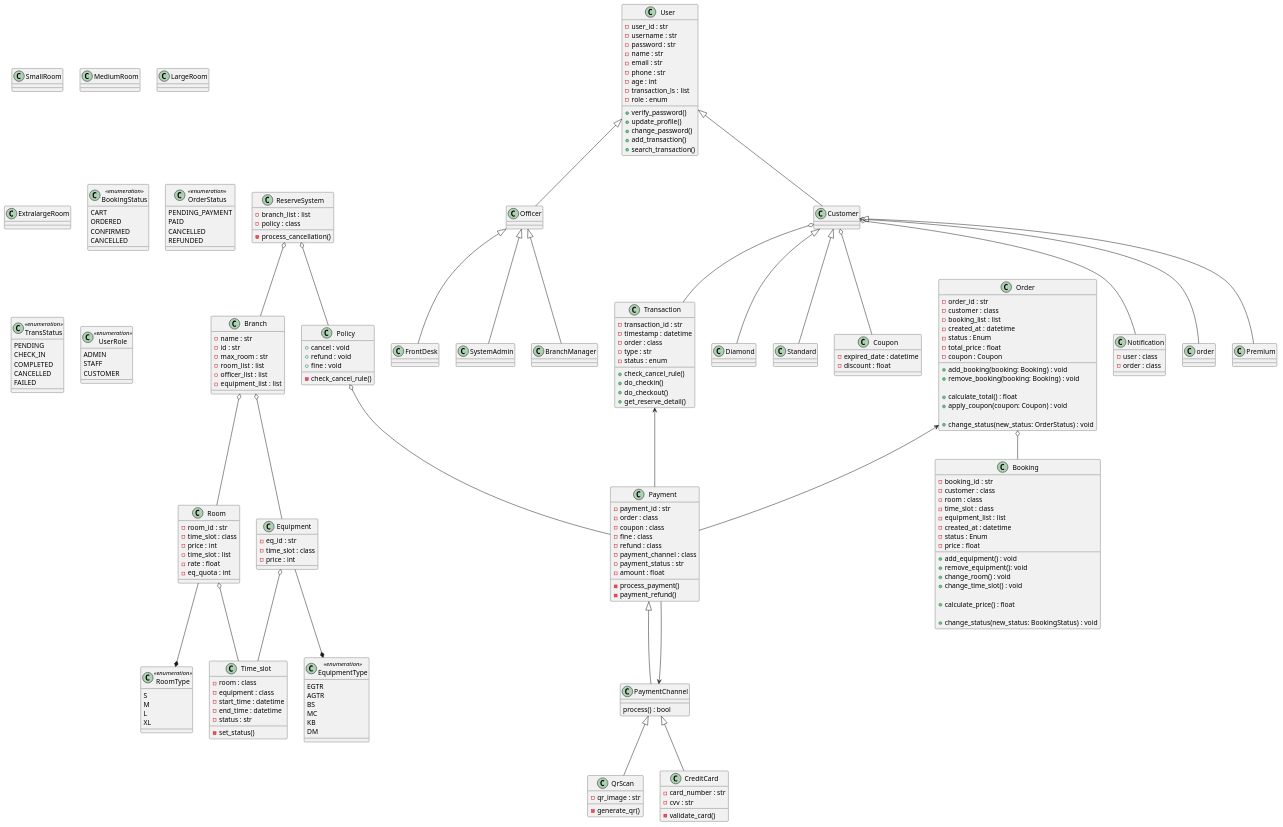
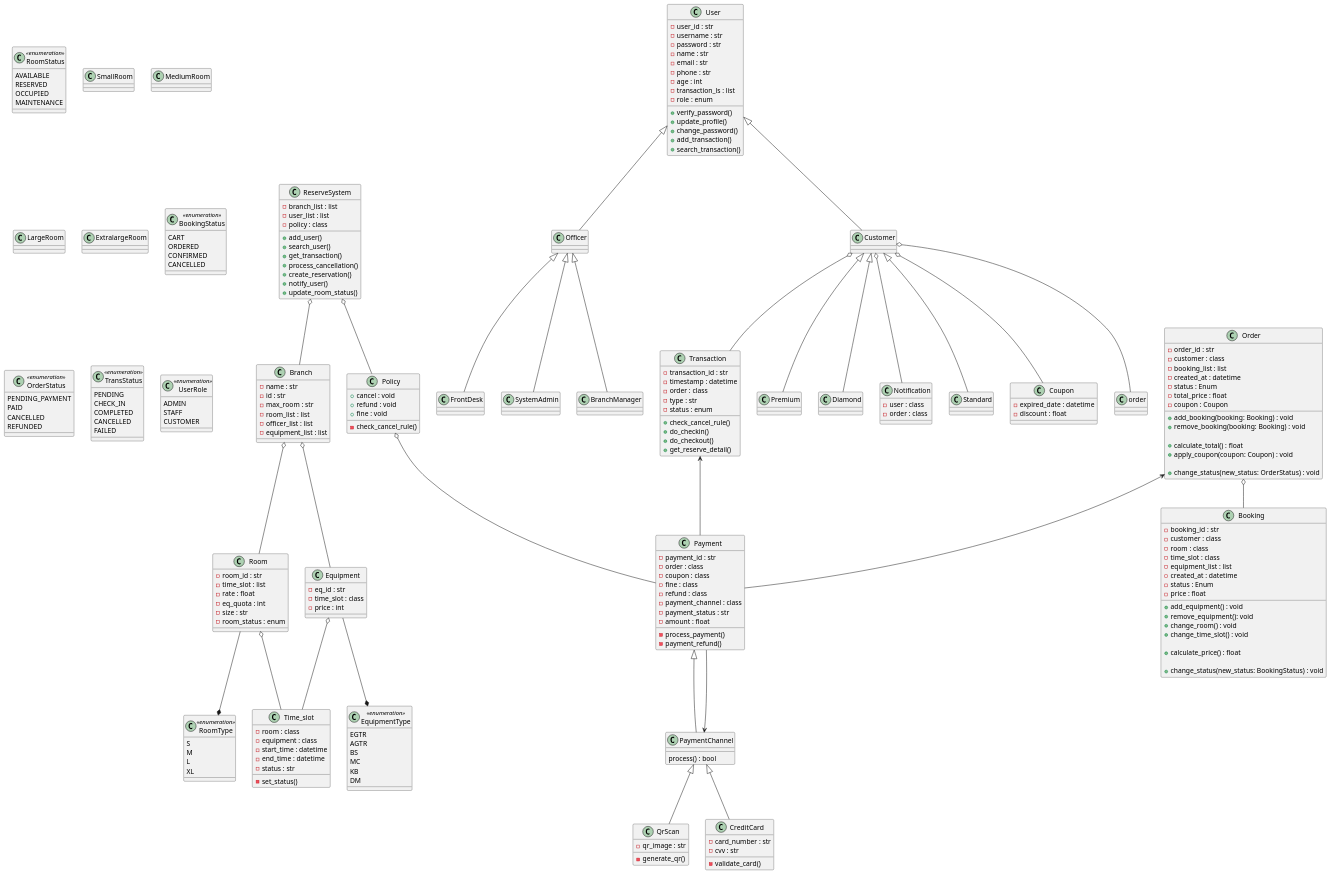
Before and after one commit to pjngth998/RhythmReserve: the diagram in diagram/class_diagram.puml, drawn with PlantUML.

Commit message:
System & Room Class

```diff
--- a/diagram/class_diagram.puml
+++ b/diagram/class_diagram.puml
@@ -4,9 +4,15 @@
 
 class ReserveSystem{
     -branch_list : list
+    -user_list : list
     -policy : class
-    -process_cancellation()
-    
+    +add_user()
+    +search_user()
+    +get_transaction()
+    +process_cancellation()
+    +create_reservation()
+    +notify_user()
+    +update_room_status()
 }
 
 class Branch{
@@ -19,13 +25,19 @@
 
 }
 
+class RoomStatus <<enumeration>>{
+    AVAILABLE
+    RESERVED
+    OCCUPIED
+    MAINTENANCE
+}
 class Room {
     -room_id : str
-    -time_slot : class
-    -price : int
     -time_slot : list
     -rate : float
     -eq_quota : int
+    -size : str
+    -room_status : enum
 }
 
 
```
